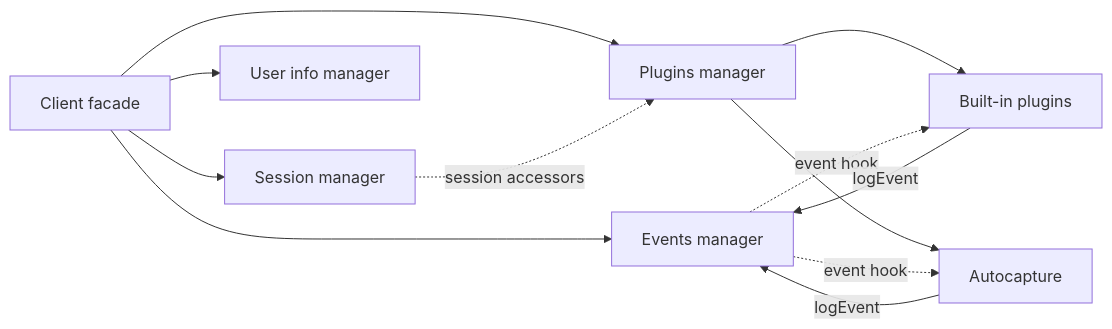
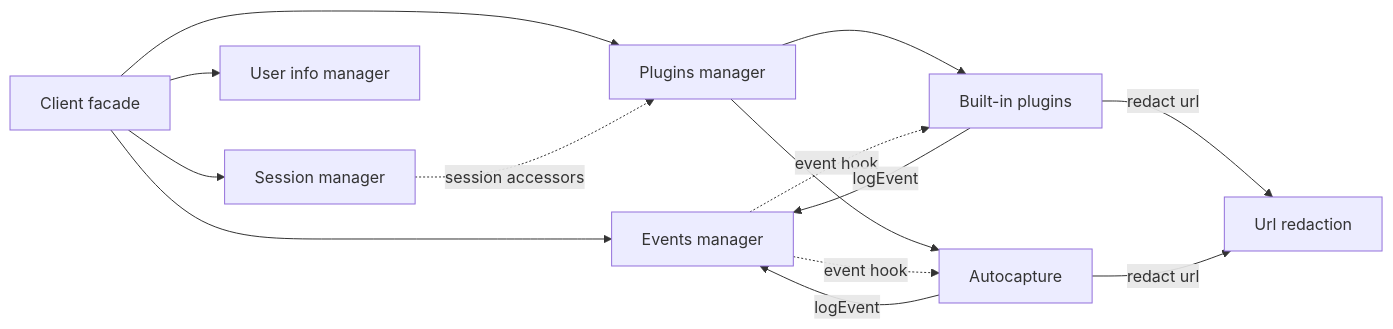
The second of 4 diagrams in packages/telemetry/architecture/DESIGN.md (constructorfabric/gears-frontx), drawn with Mermaid before and after one commit. The commit also changed other lines of this file and 7 other files, not shown here.

````diff
--- a/packages/telemetry/architecture/DESIGN.md
+++ b/packages/telemetry/architecture/DESIGN.md
@@ -206,14 +206,16 @@
 ```mermaid
 graph LR
     Client[Client facade] --> Events[Events manager]
     Client --> Session[Session manager]
     Client --> UserInfo[User info manager]
     Client --> Plugins[Plugins manager]
     Plugins --> Builtin[Built-in plugins]
     Plugins --> Autocapture[Autocapture]
     Events -.->|event hook| Builtin
     Events -.->|event hook| Autocapture
     Autocapture -->|logEvent| Events
     Builtin -->|logEvent| Events
     Session -.->|session accessors| Plugins
+    Builtin -->|redact url| UrlRedaction[Url redaction]
+    Autocapture -->|redact url| UrlRedaction
 ```
````
